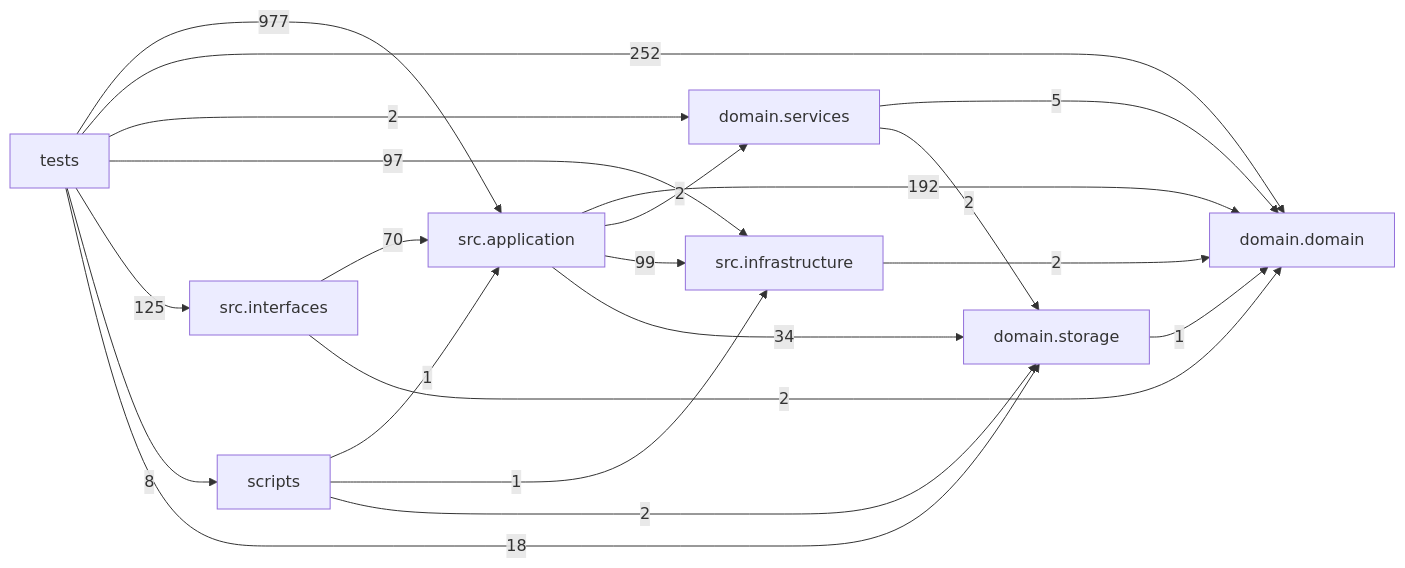
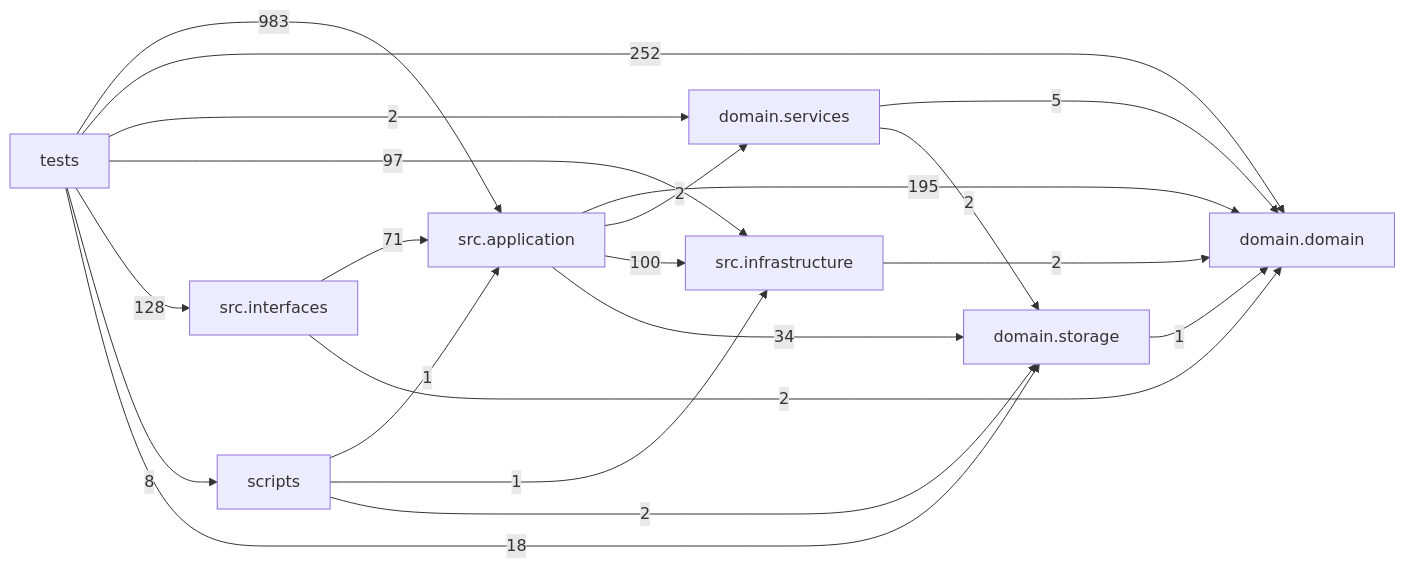
One commit to liuxie066/options-monitor changed the diagram in docs/DEPENDENCY_GRAPH.md. Above: the diagram before and after it, drawn with Mermaid. The commit also changed other lines of this file and 61 other files, not shown here.

````diff
--- a/docs/DEPENDENCY_GRAPH.md
+++ b/docs/DEPENDENCY_GRAPH.md
@@ -24,31 +24,31 @@
 ```mermaid
 flowchart LR
   tests["tests"]
   scripts["scripts"]
   interfaces["src.interfaces"]
   application["src.application"]
   infrastructure["src.infrastructure"]
   domain_services["domain.services"]
   domain["domain.domain"]
   storage["domain.storage"]
-  application -->|192| domain
+  application -->|195| domain
   application -->|2| domain_services
-  application -->|99| infrastructure
+  application -->|100| infrastructure
   application -->|34| storage
   domain_services -->|5| domain
   domain_services -->|2| storage
   infrastructure -->|2| domain
-  interfaces -->|70| application
+  interfaces -->|71| application
   interfaces -->|2| domain
   scripts -->|1| application
   scripts -->|1| infrastructure
   scripts -->|2| storage
   storage -->|1| domain
-  tests -->|977| application
+  tests -->|983| application
   tests -->|252| domain
   tests -->|2| domain_services
   tests -->|97| infrastructure
-  tests -->|125| interfaces
+  tests -->|128| interfaces
   tests -->|8| scripts
   tests -->|18| storage
 ```
````
